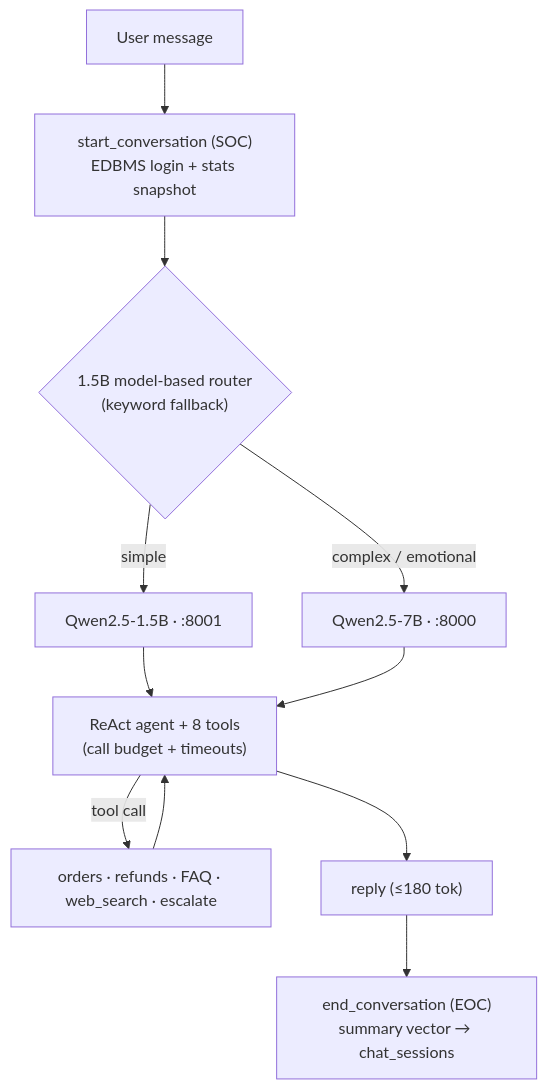
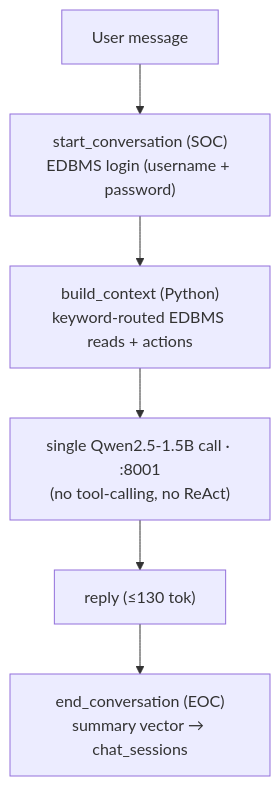
Before and after one commit to SMAXXY26/VOC-sentiment-analyzer: the fourth of 4 diagrams in README.md, drawn with Mermaid. The commit also changed other lines of this file and 3 other files, not shown here.

````diff
--- a/README.md
+++ b/README.md
@@ -144,13 +149,8 @@
 ```mermaid
 flowchart TD
-    U["User message"] --> SOC["start_conversation (SOC)<br/>EDBMS login + stats snapshot"]
-    SOC --> CLF{"1.5B model-based router<br/>(keyword fallback)"}
-    CLF -->|"simple"| SMALL["Qwen2.5-1.5B · :8001"]
-    CLF -->|"complex / emotional"| BIG["Qwen2.5-7B · :8000"]
-    SMALL --> AGENT["ReAct agent + 8 tools<br/>(call budget + timeouts)"]
-    BIG --> AGENT
-    AGENT -->|"tool call"| TOOLS["orders · refunds · FAQ · web_search · escalate"]
-    TOOLS --> AGENT
-    AGENT --> R["reply (≤180 tok)"]
+    U["User message"] --> SOC["start_conversation (SOC)<br/>EDBMS login (username + password)"]
+    SOC --> CTX["build_context (Python)<br/>keyword-routed EDBMS reads + actions"]
+    CTX --> DRAFT["single Qwen2.5-1.5B call · :8001<br/>(no tool-calling, no ReAct)"]
+    DRAFT --> R["reply (≤130 tok)"]
     R --> EOC["end_conversation (EOC)<br/>summary vector → chat_sessions"]
 ```
````
